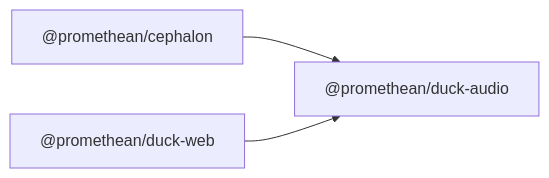
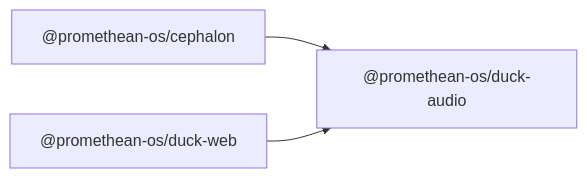
Before and after one commit to octave-commons/promethean: the diagram in docs/packages/duck-audio/README.md, drawn with Mermaid. The commit also changed other lines of this file and 1753 other files, not shown here.

````diff
--- a/docs/packages/duck-audio/README.md
+++ b/docs/packages/duck-audio/README.md
@@ -14,10 +14,10 @@
 ```mermaid
 graph LR
-  A["@promethean/duck-audio"]
-  R1["@promethean/cephalon"]
-  R2["@promethean/duck-web"]
-  R1["@promethean/cephalon"] --> A
-  R2["@promethean/duck-web"] --> A
-  click R1 "../cephalon/README.md" "@promethean/cephalon"
-  click R2 "../duck-web/README.md" "@promethean/duck-web"
+  A["@promethean-os/duck-audio"]
+  R1["@promethean-os/cephalon"]
+  R2["@promethean-os/duck-web"]
+  R1["@promethean-os/cephalon"] --> A
+  R2["@promethean-os/duck-web"] --> A
+  click R1 "../cephalon/README.md" "@promethean-os/cephalon"
+  click R2 "../duck-web/README.md" "@promethean-os/duck-web"
 ```
````
